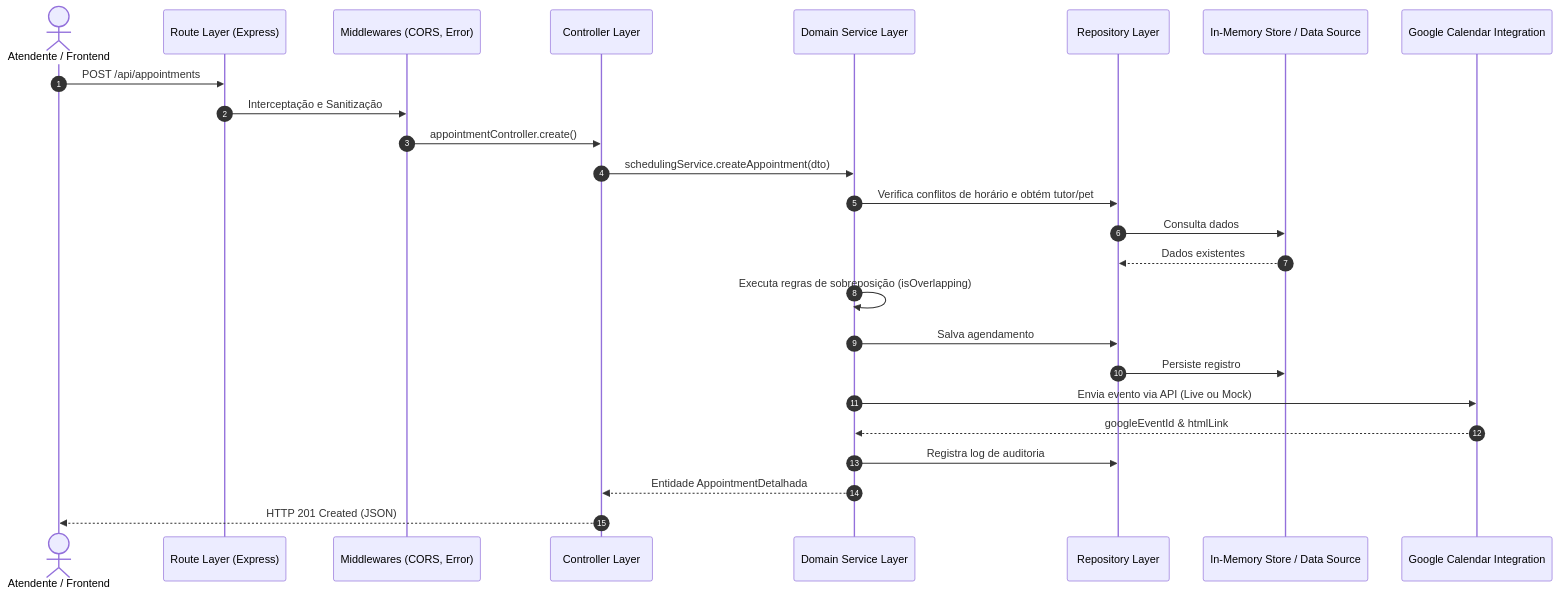
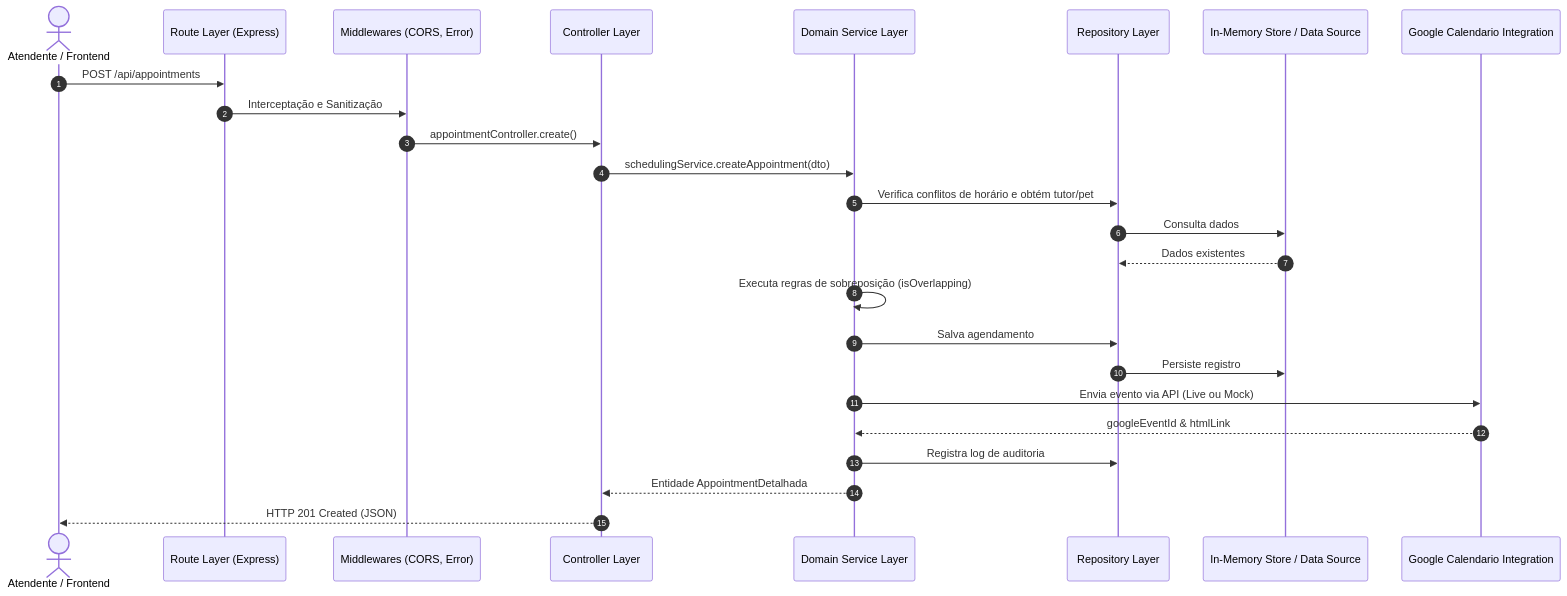
One commit to ArthurTorresDev/VetCare changed the second of 5 diagrams in docs/ARCHITECTURE.md. Above: the diagram before and after it, drawn with Mermaid. The commit also changed other lines of this file and 22 other files, not shown here.

Commit message:
Aprimora a autenticação, o gerenciamento de feriados e agendamentos, atualiza componentes da interface e remove integrações com o Google Calendar.

````diff
--- a/docs/ARCHITECTURE.md
+++ b/docs/ARCHITECTURE.md
@@ -67,28 +67,28 @@
 ```mermaid
 sequenceDiagram
     autonumber
     actor Atendente as Atendente / Frontend
     participant Route as Route Layer (Express)
     participant Middleware as Middlewares (CORS, Error)
     participant Controller as Controller Layer
     participant Service as Domain Service Layer
     participant Repo as Repository Layer
     participant Store as In-Memory Store / Data Source
-    participant GCal as Google Calendar Integration
+    participant GCal as Google Calendario Integration
 
     Atendente->>Route: POST /api/appointments
     Route->>Middleware: Interceptação e Sanitização
     Middleware->>Controller: appointmentController.create()
     Controller->>Service: schedulingService.createAppointment(dto)
     Service->>Repo: Verifica conflitos de horário e obtém tutor/pet
     Repo->>Store: Consulta dados
     Store-->>Repo: Dados existentes
     Service->>Service: Executa regras de sobreposição (isOverlapping)
     Service->>Repo: Salva agendamento
     Repo->>Store: Persiste registro
     Service->>GCal: Envia evento via API (Live ou Mock)
     GCal-->>Service: googleEventId & htmlLink
     Service->>Repo: Registra log de auditoria
     Service-->>Controller: Entidade AppointmentDetalhada
     Controller-->>Atendente: HTTP 201 Created (JSON)
 ```
````
